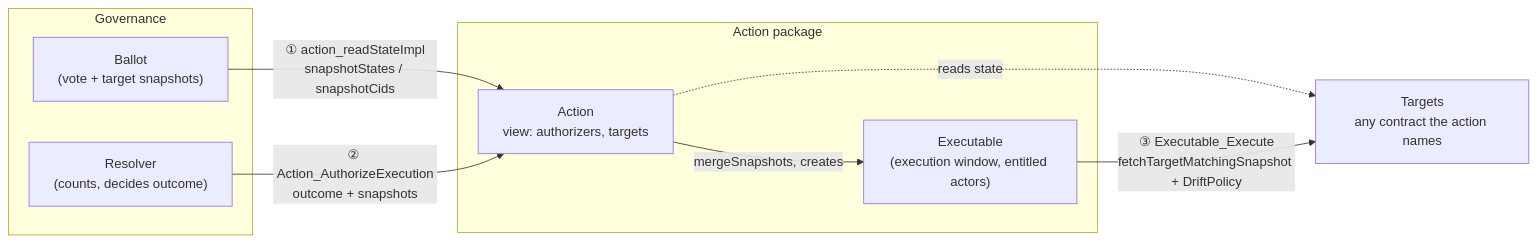
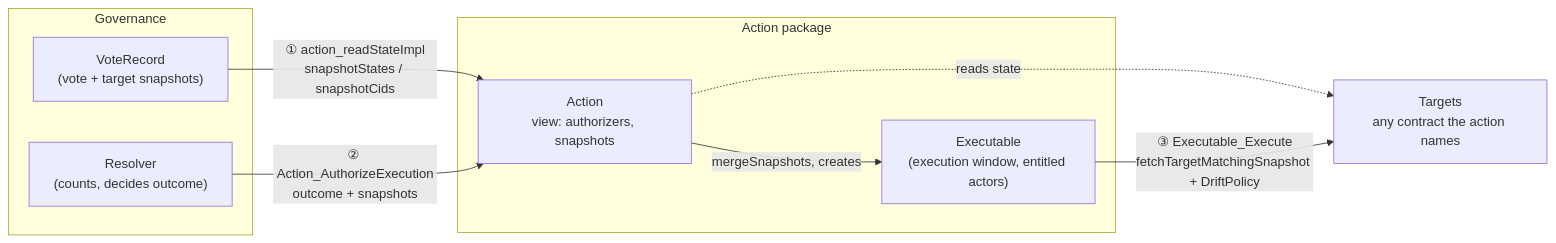
Before and after one commit to unlockitio/concordia: the diagram in docs/governance/rationale.md, drawn with Mermaid. The commit also changed other lines of this file and 55 other files, not shown here.

````diff
--- a/docs/governance/rationale.md
+++ b/docs/governance/rationale.md
@@ -141,20 +141,20 @@
 ```mermaid
 flowchart LR
   subgraph GOV["Governance "]
-    Ballot["Ballot<br/>(vote + target snapshots)"]
+    VoteRecord["VoteRecord<br/>(vote + target snapshots)"]
     Resolver["Resolver<br/>(counts, decides outcome)"]
   end
 
   subgraph ACT["Action package"]
-    Action["Action<br/>view: authorizers, targets"]
+    Action["Action<br/>view: authorizers, snapshots"]
     Executable["Executable<br/>(execution window, entitled actors)"]
   end
 
   Targets["Targets<br/>any contract the action names"]
 
-  Ballot -- "① action_readStateImpl<br/>snapshotStates / snapshotCids" --> Action
+  VoteRecord -- "① action_readStateImpl<br/>snapshotStates / snapshotCids" --> Action
   Action -. "reads state" .-> Targets
   Resolver -- "② Action_AuthorizeExecution<br/>outcome + snapshots" --> Action
   Action -- "mergeSnapshots, creates" --> Executable
   Executable -- "③ Executable_Execute<br/>fetchTargetMatchingSnapshot + DriftPolicy" --> Targets
 ```
````
